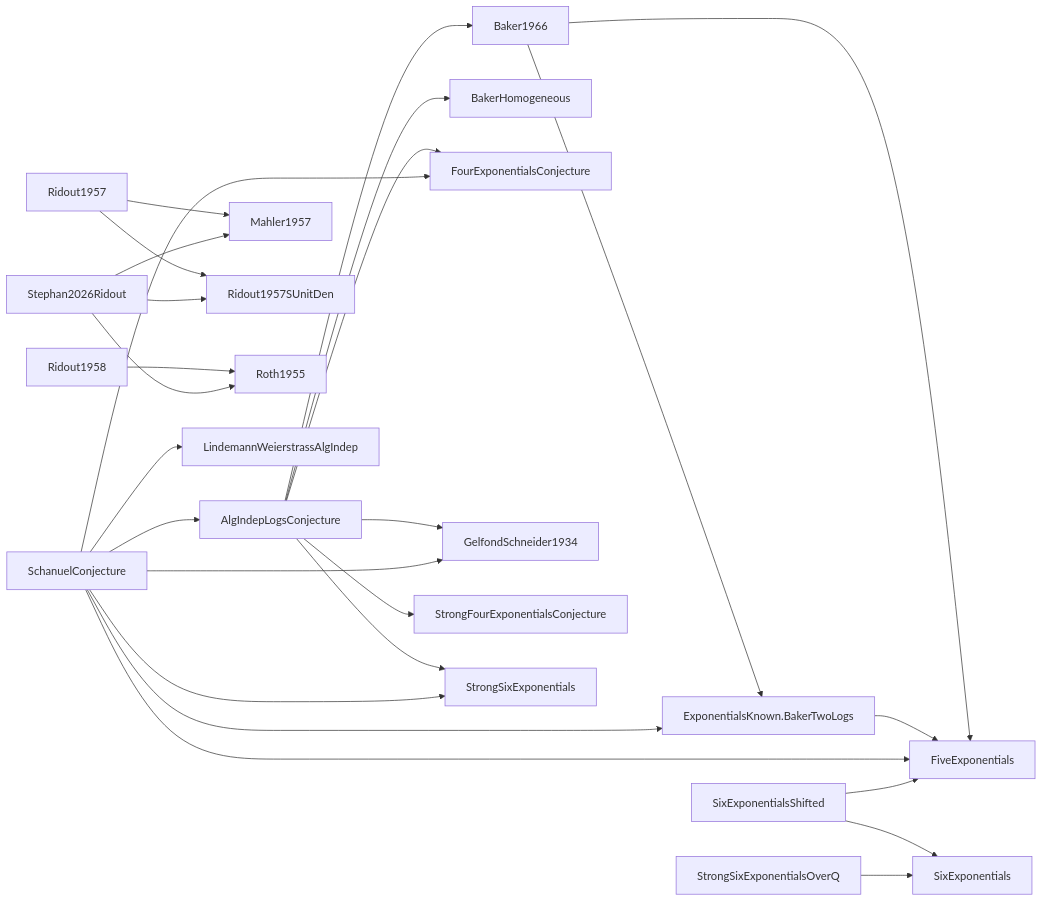
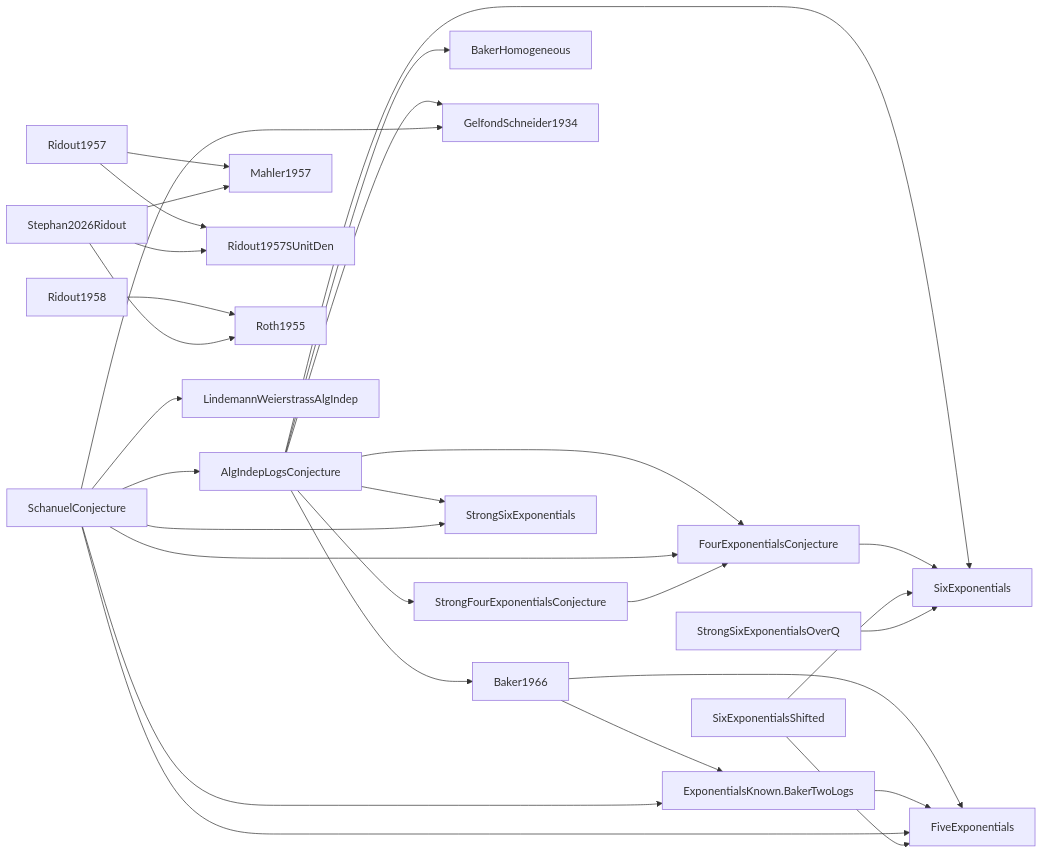
Before and after one commit to gotrevor/lean-formalizations: the diagram in FACT-GRAPH.md, drawn with Mermaid. The commit also changed other lines of this file and 2 other files, not shown here.

````diff
--- a/FACT-GRAPH.md
+++ b/FACT-GRAPH.md
@@ -10,28 +10,31 @@
 ```mermaid
 graph LR
   n0["AlgIndepLogsConjecture"] --> n1["Baker1966"]
   n0["AlgIndepLogsConjecture"] --> n2["BakerHomogeneous"]
   n0["AlgIndepLogsConjecture"] --> n3["FourExponentialsConjecture"]
   n0["AlgIndepLogsConjecture"] --> n4["GelfondSchneider1934"]
-  n0["AlgIndepLogsConjecture"] --> n5["StrongFourExponentialsConjecture"]
-  n0["AlgIndepLogsConjecture"] --> n6["StrongSixExponentials"]
-  n1["Baker1966"] --> n7["ExponentialsKnown.BakerTwoLogs"]
-  n1["Baker1966"] --> n8["FiveExponentials"]
-  n7["ExponentialsKnown.BakerTwoLogs"] --> n8["FiveExponentials"]
-  n9["Ridout1957"] --> n10["Mahler1957"]
-  n9["Ridout1957"] --> n11["Ridout1957SUnitDen"]
-  n12["Ridout1958"] --> n13["Roth1955"]
-  n14["SchanuelConjecture"] --> n0["AlgIndepLogsConjecture"]
-  n14["SchanuelConjecture"] --> n7["ExponentialsKnown.BakerTwoLogs"]
-  n14["SchanuelConjecture"] --> n8["FiveExponentials"]
-  n14["SchanuelConjecture"] --> n3["FourExponentialsConjecture"]
-  n14["SchanuelConjecture"] --> n4["GelfondSchneider1934"]
-  n14["SchanuelConjecture"] --> n15["LindemannWeierstrassAlgIndep"]
-  n14["SchanuelConjecture"] --> n6["StrongSixExponentials"]
-  n16["SixExponentialsShifted"] --> n8["FiveExponentials"]
-  n16["SixExponentialsShifted"] --> n17["SixExponentials"]
-  n18["Stephan2026Ridout"] --> n10["Mahler1957"]
-  n18["Stephan2026Ridout"] --> n11["Ridout1957SUnitDen"]
-  n18["Stephan2026Ridout"] --> n13["Roth1955"]
-  n19["StrongSixExponentialsOverQ"] --> n17["SixExponentials"]
+  n0["AlgIndepLogsConjecture"] --> n5["SixExponentials"]
+  n0["AlgIndepLogsConjecture"] --> n6["StrongFourExponentialsConjecture"]
+  n0["AlgIndepLogsConjecture"] --> n7["StrongSixExponentials"]
+  n1["Baker1966"] --> n8["ExponentialsKnown.BakerTwoLogs"]
+  n1["Baker1966"] --> n9["FiveExponentials"]
+  n8["ExponentialsKnown.BakerTwoLogs"] --> n9["FiveExponentials"]
+  n3["FourExponentialsConjecture"] --> n5["SixExponentials"]
+  n10["Ridout1957"] --> n11["Mahler1957"]
+  n10["Ridout1957"] --> n12["Ridout1957SUnitDen"]
+  n13["Ridout1958"] --> n14["Roth1955"]
+  n15["SchanuelConjecture"] --> n0["AlgIndepLogsConjecture"]
+  n15["SchanuelConjecture"] --> n8["ExponentialsKnown.BakerTwoLogs"]
+  n15["SchanuelConjecture"] --> n9["FiveExponentials"]
+  n15["SchanuelConjecture"] --> n3["FourExponentialsConjecture"]
+  n15["SchanuelConjecture"] --> n4["GelfondSchneider1934"]
+  n15["SchanuelConjecture"] --> n16["LindemannWeierstrassAlgIndep"]
+  n15["SchanuelConjecture"] --> n7["StrongSixExponentials"]
+  n17["SixExponentialsShifted"] --> n9["FiveExponentials"]
+  n17["SixExponentialsShifted"] --> n5["SixExponentials"]
+  n18["Stephan2026Ridout"] --> n11["Mahler1957"]
+  n18["Stephan2026Ridout"] --> n12["Ridout1957SUnitDen"]
+  n18["Stephan2026Ridout"] --> n14["Roth1955"]
+  n6["StrongFourExponentialsConjecture"] --> n3["FourExponentialsConjecture"]
+  n19["StrongSixExponentialsOverQ"] --> n5["SixExponentials"]
 ```
````
